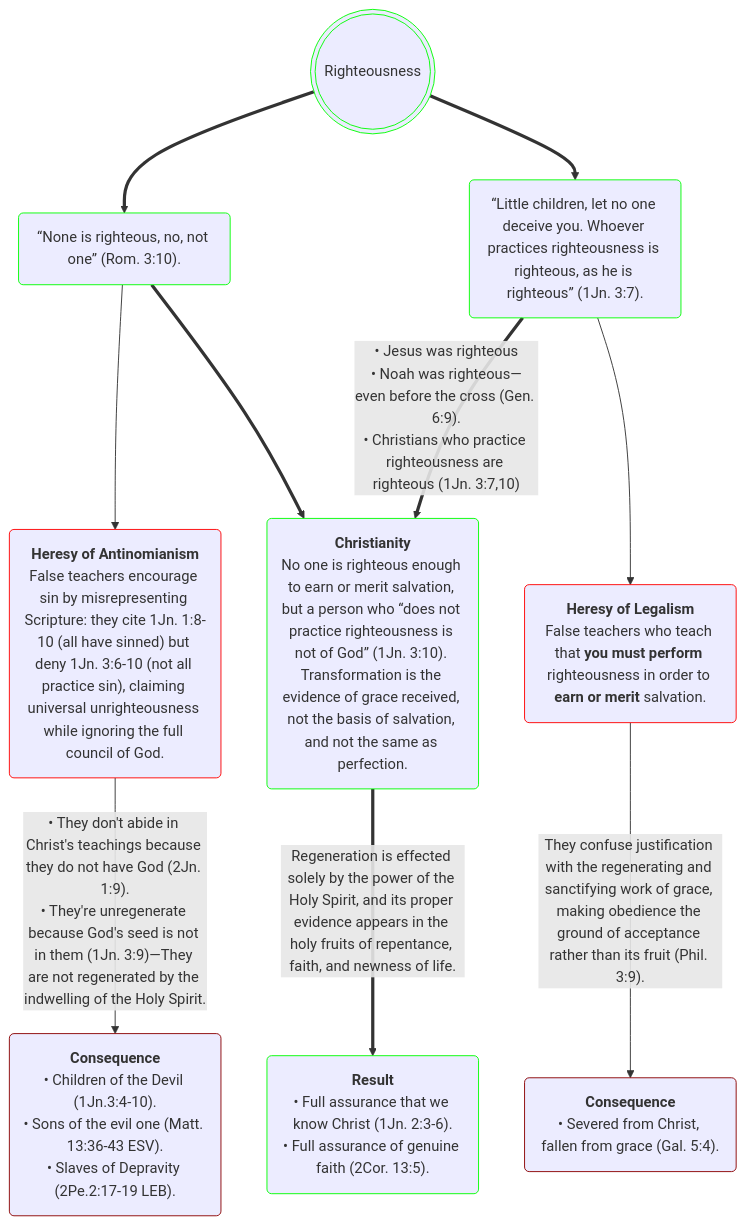
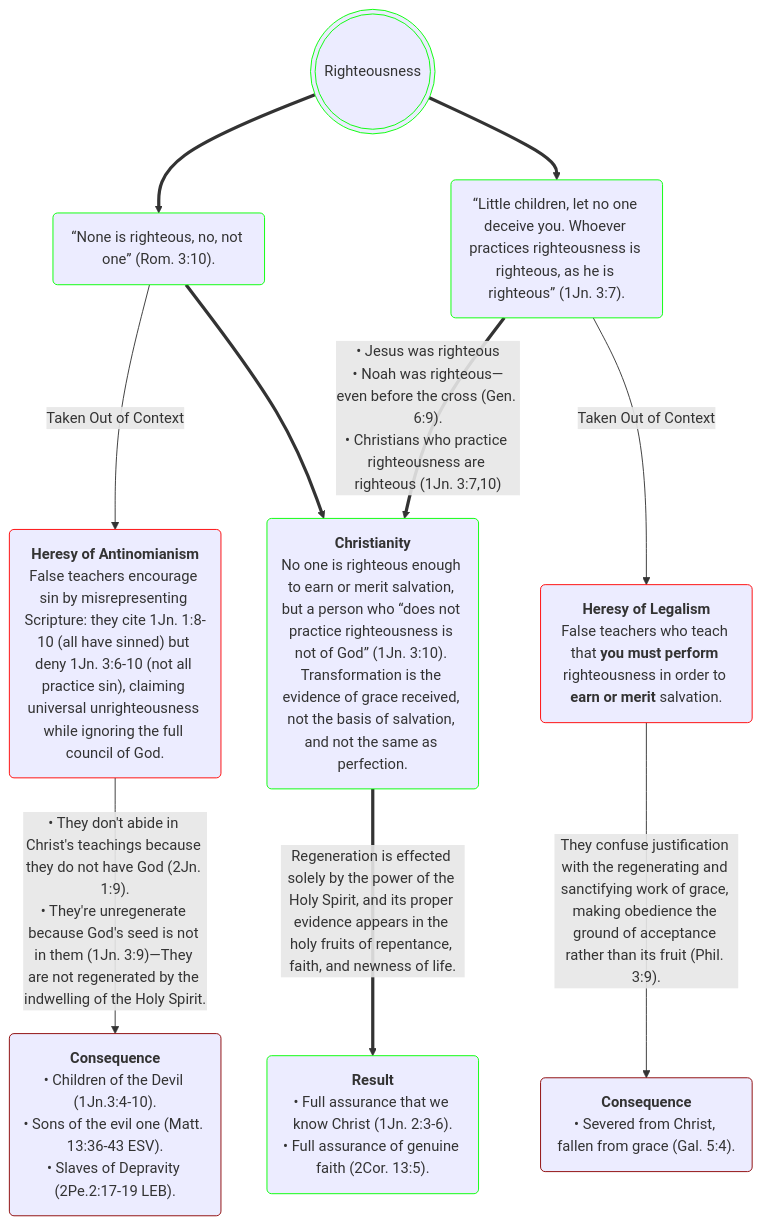
Before and after one commit to OrdoLuminis/ordoluminis.github.io: the diagram in _posts/2026-05-23-righteousness.markdown, drawn with Mermaid. The commit also changed other lines of this file, not shown here.

Commit message:
context pretext

````diff
--- a/_posts/2026-05-23-righteousness.markdown
+++ b/_posts/2026-05-23-righteousness.markdown
@@ -46,16 +46,16 @@
 ```mermaid
 flowchart TD
     A(((Righteousness))):::green
     A ==> B(&ldquo;None is righteous, no, not one&rdquo; &lpar;Rom. 3:10&rpar;.):::green
     A ==> C(&ldquo;Little children, let no one deceive you. Whoever practices righteousness is righteous, as he is righteous&rdquo; &lpar;1Jn. 3:7&rpar;.):::green
-    B --> D(<strong>Heresy of Antinomianism</strong><br>False teachers encourage sin by misrepresenting Scripture: they cite 1Jn. 1:8-10 &lpar;all have sinned&rpar; but deny 1Jn. 3:6-10 &lpar;not all practice sin&rpar;, claiming universal unrighteousness while ignoring the full council of God.):::red
-    C --> E(<strong>Heresy of Legalism</strong><br>False teachers who teach that <strong>you must perform</strong> righteousness in order to <strong>earn or merit</strong> salvation.):::red
+    B -->|Taken Out of Context| D(<strong>Heresy of Antinomianism</strong><br>False teachers encourage sin by misrepresenting Scripture: they cite 1Jn. 1:8-10 &lpar;all have sinned&rpar; but deny 1Jn. 3:6-10 &lpar;not all practice sin&rpar;, claiming universal unrighteousness while ignoring the full council of God.):::red
+    C -->|Taken Out of Context| E(<strong>Heresy of Legalism</strong><br>False teachers who teach that <strong>you must perform</strong> righteousness in order to <strong>earn or merit</strong> salvation.):::red
     B ==> F(<strong>Christianity</strong><br>No one is righteous enough to earn or merit salvation, but a person who &ldquo;does not practice righteousness is not of God&rdquo; &lpar;1Jn. 3:10&rpar;. Transformation is the evidence of grace received, not the basis of salvation, and not the same as perfection.):::green
     C ==>|&bull; Jesus was righteous<br>&bull; Noah was righteous&mdash;even before the cross &lpar;Gen. 6:9&rpar;.<br>&bull; Christians who practice righteousness are righteous &lpar;1Jn. 3:7,10&rpar;| F
     D -->|&bull; They don't abide in Christ's teachings because they do not have God &lpar;2Jn. 1:9&rpar;.<br>&bull; They're unregenerate because God's seed is not in them &lpar;1Jn. 3:9&rpar;&mdash;They are not regenerated by the indwelling of the Holy Spirit.| G(<strong>Consequence</strong><br>&bull; Children of the Devil &lpar;1Jn.3:4-10&rpar;.<br>&bull; Sons of the evil one &lpar;Matt. 13:36-43 ESV&rpar;.<br>&bull; Slaves of Depravity &lpar;2Pe.2:17-19 LEB&rpar;.):::darkred
     E -->|They confuse justification with the regenerating and sanctifying work of grace, making obedience the ground of acceptance rather than its fruit &lpar;Phil. 3:9&rpar;.| H(<strong>Consequence</strong><br>&bull; Severed from Christ, fallen from grace &lpar;Gal. 5:4&rpar;.):::darkred
     F ==>|Regeneration is effected solely by the power of the Holy Spirit, and its proper evidence appears in the holy fruits of repentance, faith, and newness of life.| I(<strong>Result</strong><br>&bull; Full assurance that we know Christ &lpar;1Jn. 2:3-6&rpar;.<br>&bull; Full assurance of genuine faith &lpar;2Cor. 13:5&rpar;. ):::green
     classDef red stroke:#f00
     classDef green stroke:#0f0
     classDef darkred stroke:#8B0000
 ```
````
